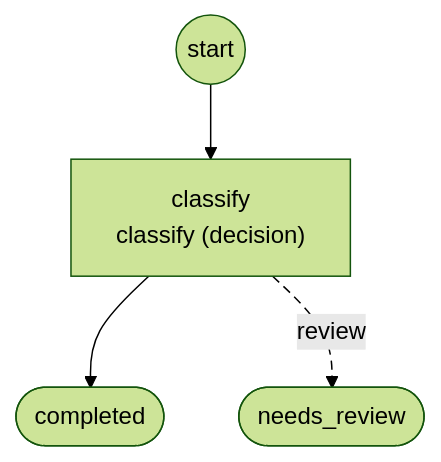
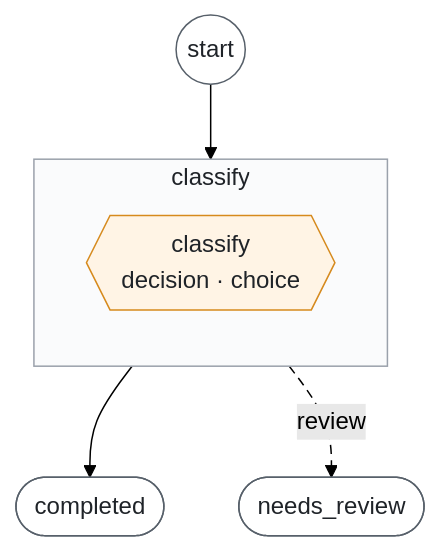
Before and after one commit to sebastianwessel/foliqant: the second of 2 diagrams in examples/decision_basics/WORKFLOWS.md, drawn with Mermaid (forest theme). The commit also changed other lines of this file and 21 other files, not shown here.

First line of the commit message:
Render workflow graphs as subgraphs with steps, shapes and a legend

````diff
--- a/examples/decision_basics/WORKFLOWS.md
+++ b/examples/decision_basics/WORKFLOWS.md
@@ -9,11 +39,20 @@
 ```mermaid
 flowchart TD
-  start((start))
-  flow_classify["classify<br/>classify (decision)"]
-  outcome_completed(["completed"])
-  outcome_needs_review(["needs_review"])
-  start --> flow_classify
-  flow_classify --> outcome_completed
-  flow_classify -.->|"review"| outcome_needs_review
+  start__((start))
+  subgraph classify["classify"]
+    direction TB
+    classify__classify{{"classify<br/>decision · choice"}}
+  end
+  outcome_completed__(["completed"])
+  outcome_needs_review__(["needs_review"])
+  start__ --> classify
+  classify --> outcome_completed__
+  classify -.->|"review"| outcome_needs_review__
+  classDef decision fill:#fff4e5,stroke:#d68a1d,color:#1f2328
+  classDef flow fill:#fafbfc,stroke:#9aa1ab,color:#1f2328
+  classDef terminal fill:#ffffff,stroke:#57606a,color:#1f2328
+  class classify__classify decision
+  class classify flow
+  class start__,outcome_completed__,outcome_needs_review__ terminal
   linkStyle 2 stroke-dasharray: 6 4
 ```
````
